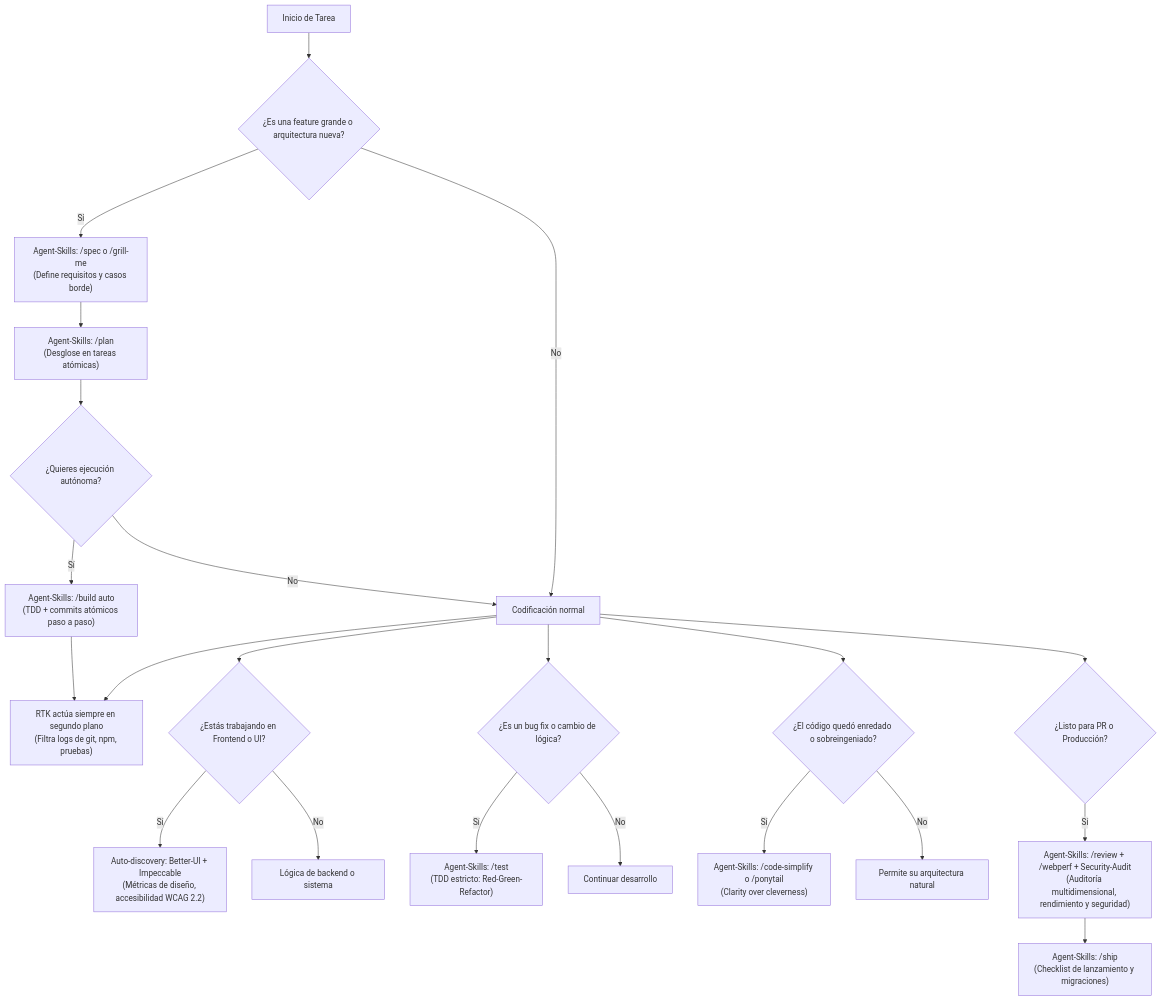
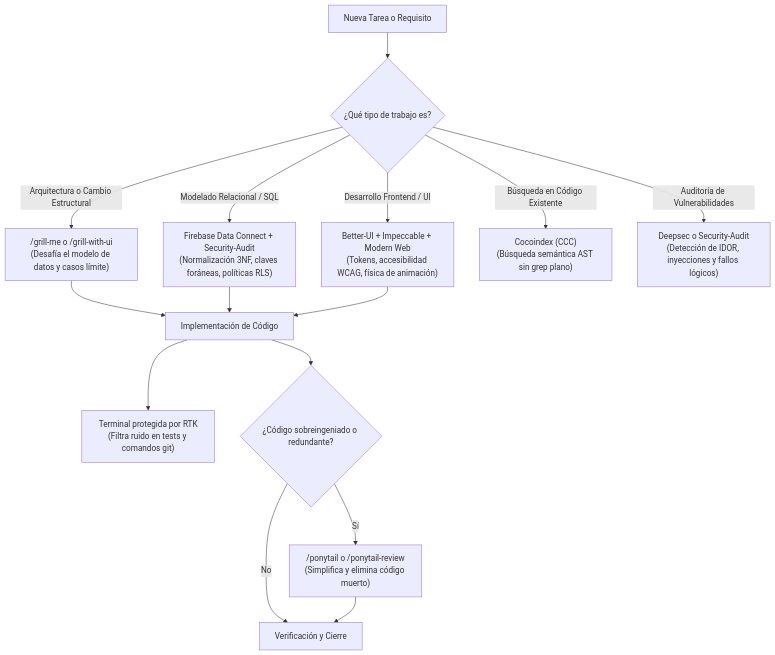
Before and after one commit to Druizinho/gastosapp: the diagram in GUIA_SKILLS.md, drawn with Mermaid. The commit also changed other lines of this file and 2 other files, not shown here.

````diff
--- a/GUIA_SKILLS.md
+++ b/GUIA_SKILLS.md
@@ -507,31 +235,21 @@
 ```mermaid
 flowchart TD
-    Inicio["Inicio de Tarea"] --> Decision1{"¿Es una feature grande o arquitectura nueva?"}
+    Inicio["Nueva Tarea o Requisito"] --> Tipo{"¿Qué tipo de trabajo es?"}
+
+    Tipo -- "Arquitectura o Cambio Estructural" --> Grill["/grill-me o /grill-with-ui<br/>(Desafía el modelo de datos y casos límite)"]
+    Tipo -- "Modelado Relacional / SQL" --> Relational["Firebase Data Connect + Security-Audit<br/>(Normalización 3NF, claves foráneas, políticas RLS)"]
+    Tipo -- "Desarrollo Frontend / UI" --> UI["Better-UI + Impeccable + Modern Web<br/>(Tokens, accesibilidad WCAG, física de animación)"]
+    Tipo -- "Búsqueda en Código Existente" --> CCC["Cocoindex (CCC)<br/>(Búsqueda semántica AST sin grep plano)"]
+    Tipo -- "Auditoría de Vulnerabilidades" --> Sec["Deepsec o Security-Audit<br/>(Detección de IDOR, inyecciones y fallos lógicos)"]
+
+    Grill --> Codificacion["Implementación de Código"]
+    Relational --> Codificacion
+    UI --> Codificacion
+
+    Codificacion --> RTK["Terminal protegida por RTK<br/>(Filtra ruido en tests y comandos git)"]
     
-    Decision1 -- Sí --> Spec["Agent-Skills: /spec o /grill-me<br/>(Define requisitos y casos borde)"]
-    Decision1 -- No --> Trabajo["Codificación normal"]
-    
-    Spec --> Plan["Agent-Skills: /plan<br/>(Desglose en tareas atómicas)"]
-    Plan --> BuildAuto{"¿Quieres ejecución autónoma?"}
-    BuildAuto -- Sí --> ExecAuto["Agent-Skills: /build auto<br/>(TDD + commits atómicos paso a paso)"]
-    BuildAuto -- No --> Trabajo
-    
-    Trabajo --> RTK["RTK actúa siempre en segundo plano<br/>(Filtra logs de git, npm, pruebas)"]
-    ExecAuto --> RTK
-    
-    Trabajo --> UI{"¿Estás trabajando en Frontend o UI?"}
-    UI -- Sí --> Diseno["Auto-discovery: Better-UI + Impeccable<br/>(Métricas de diseño, accesibilidad WCAG 2.2)"]
-    UI -- No --> Logica["Lógica de backend o sistema"]
-    
-    Trabajo --> Bug{"¿Es un bug fix o cambio de lógica?"}
-    Bug -- Sí --> TDD["Agent-Skills: /test<br/>(TDD estricto: Red-Green-Refactor)"]
-    Bug -- No --> Continuar["Continuar desarrollo"]
-    
-    Trabajo --> Complejidad{"¿El código quedó enredado o sobreingeniado?"}
-    Complejidad -- Sí --> Simplify["Agent-Skills: /code-simplify o /ponytail<br/>(Clarity over cleverness)"]
-    Complejidad -- No --> Razonamiento["Permite su arquitectura natural"]
-    
-    Trabajo --> PreMerge{"¿Listo para PR o Producción?"}
-    PreMerge -- Sí --> Review["Agent-Skills: /review + /webperf + Security-Audit<br/>(Auditoría multidimensional, rendimiento y seguridad)"]
-    Review --> Ship["Agent-Skills: /ship<br/>(Checklist de lanzamiento y migraciones)"]
+    Codificacion --> Sobreing{"¿Código sobreingeniado o redundante?"}
+    Sobreing -- Sí --> Pony["/ponytail o /ponytail-review<br/>(Simplifica y elimina código muerto)"]
+    Sobreing -- No --> Listo["Verificación y Cierre"]
+    Pony --> Listo
 ```
````
